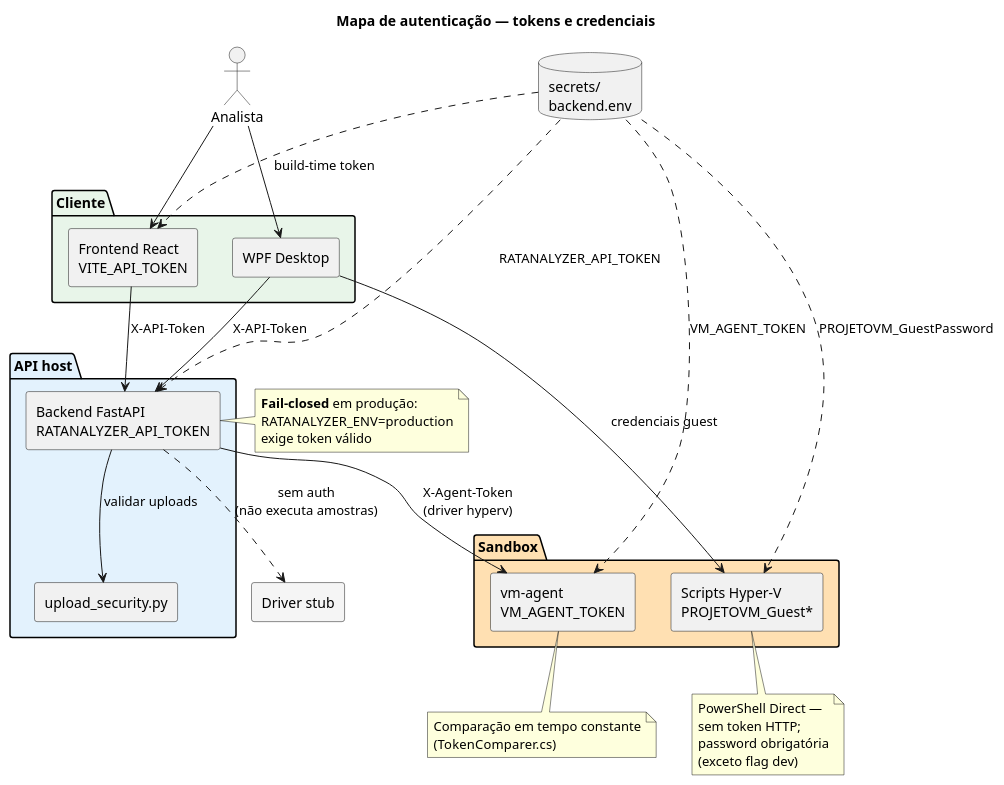
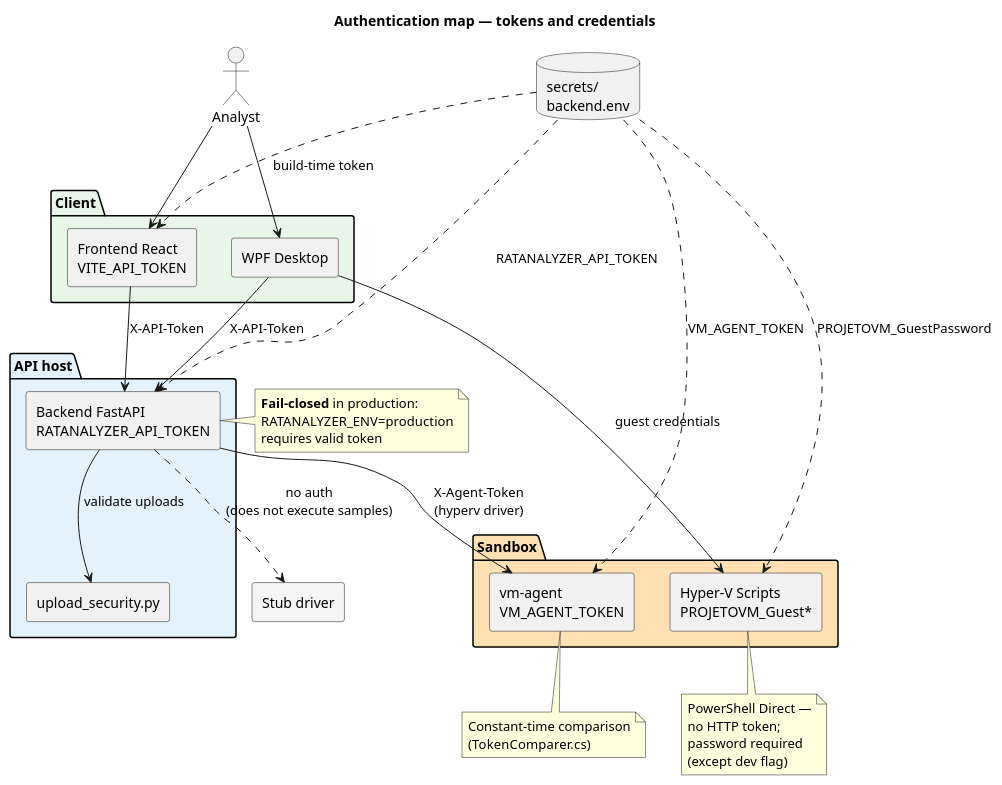
One commit to tlxp/PROJETO changed the diagram in docs/diagrams/security-auth-tokens.puml. Above: the diagram before and after it, drawn with PlantUML. The commit also changed other lines of this file and 43 other files, not shown here.

```diff
--- a/docs/diagrams/security-auth-tokens.puml
+++ b/docs/diagrams/security-auth-tokens.puml
@@ -2,63 +2,63 @@
 @startuml
-title Mapa de autenticação — tokens e credenciais
+title Authentication map — tokens and credentials
 skinparam shadowing false
 skinparam componentStyle rectangle
 
-actor "Analista" as U
+actor "Analyst" as U
 
-package "Cliente" #E8F5E9 {
+package "Client" #E8F5E9 {
   [Frontend React\nVITE_API_TOKEN] as FE
   [WPF Desktop] as WPF
 }
 
 package "API host" #E3F2FD {
   [Backend FastAPI\nRATANALYZER_API_TOKEN] as API
   [upload_security.py] as UP
 }
 
 package "Sandbox" #FFE0B2 {
   [vm-agent\nVM_AGENT_TOKEN] as AGENT
-  [Scripts Hyper-V\nPROJETOVM_Guest*] as PS
+  [Hyper-V Scripts\nPROJETOVM_Guest*] as PS
 }
 
 database "secrets/\nbackend.env" as SEC
 
 U --> FE
 U --> WPF
 
-' *Token API partilhado entre clientes e backend*
+' *API token shared between clients and backend*
 FE --> API : X-API-Token
 WPF --> API : X-API-Token
-WPF --> PS : credenciais guest
-API --> UP : validar uploads
-API --> AGENT : X-Agent-Token\n(driver hyperv)
+WPF --> PS : guest credentials
+API --> UP : validate uploads
+API --> AGENT : X-Agent-Token\n(hyperv driver)
 
-' *Fonte única de segredos em secrets/backend.env*
+' *Single secrets source in secrets/backend.env*
 SEC ..> API : RATANALYZER_API_TOKEN
 SEC ..> FE : build-time token
 SEC ..> AGENT : VM_AGENT_TOKEN
 SEC ..> PS : PROJETOVM_GuestPassword
 
 note right of API
-  **Fail-closed** em produção:
+  **Fail-closed** in production:
   RATANALYZER_ENV=production
-  exige token válido
+  requires valid token
 end note
 
 note bottom of AGENT
-  Comparação em tempo constante
+  Constant-time comparison
   (TokenComparer.cs)
 end note
 
 note bottom of PS
   PowerShell Direct —
-  sem token HTTP;
-  password obrigatória
-  (exceto flag dev)
+  no HTTP token;
+  password required
+  (except dev flag)
 end note
 
-' *Driver stub não executa amostras nem requer auth*
-rectangle "Driver stub" as STUB #F5F5F5
-API ..> STUB : sem auth\n(não executa amostras)
+' *Stub driver does not execute samples or require auth*
+rectangle "Stub driver" as STUB #F5F5F5
+API ..> STUB : no auth\n(does not execute samples)
 
 @enduml
```
